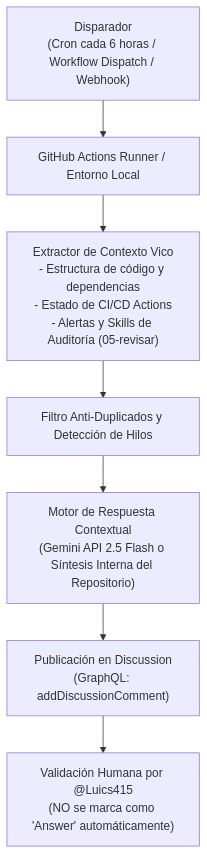
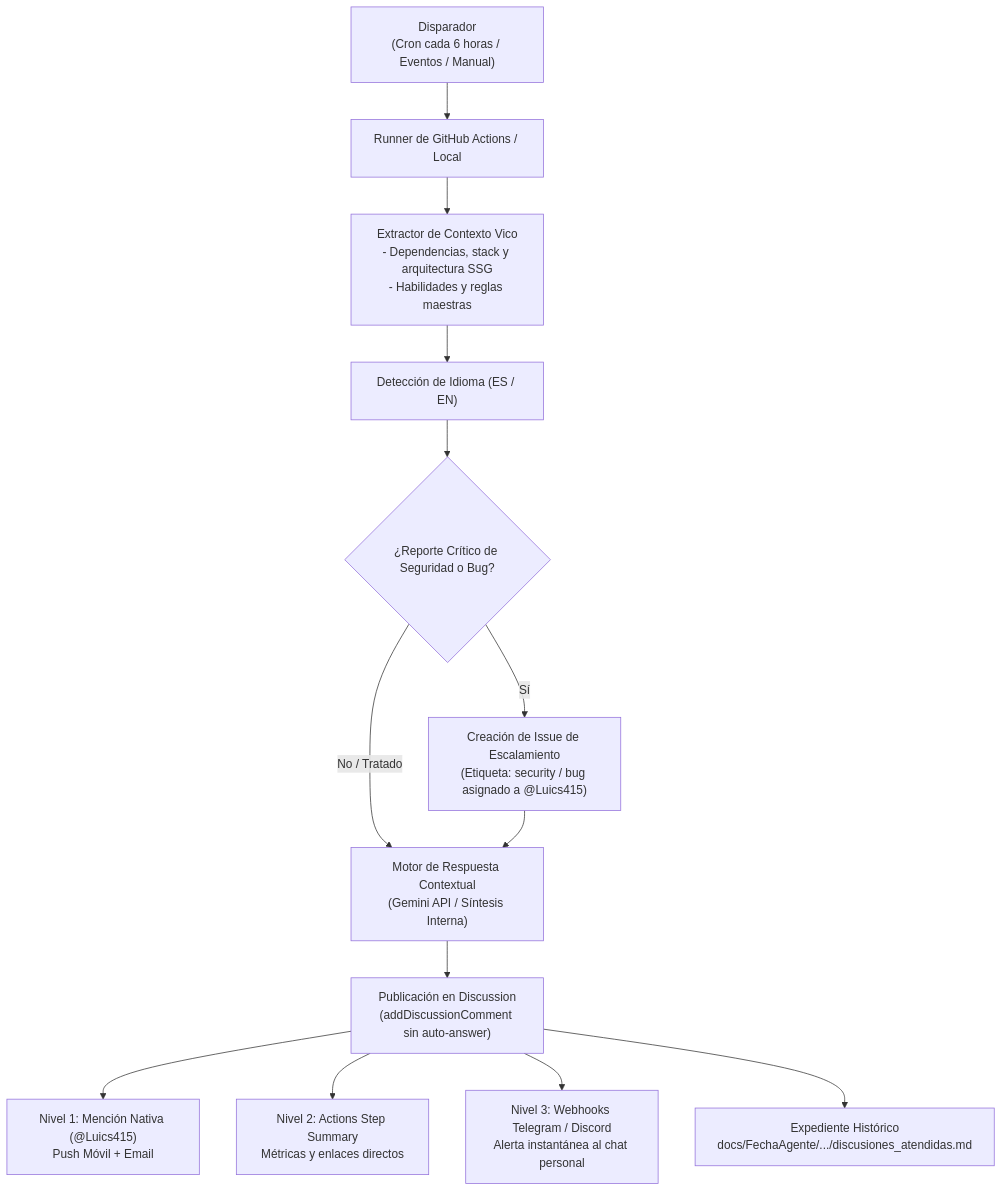
Before and after one commit to Luics415/Luics415.github.io: the diagram in docs/ARQUITECTURA_DISCUSSIONS_CENTINELA.md, drawn with Mermaid. The commit also changed other lines of this file and 6 other files, not shown here.

Commit message:
feat(centinela): agregar 3 niveles de notificacion, soporte bilingue, escalamiento y expediente

````diff
--- a/docs/ARQUITECTURA_DISCUSSIONS_CENTINELA.md
+++ b/docs/ARQUITECTURA_DISCUSSIONS_CENTINELA.md
@@ -11,9 +13,18 @@
 ```mermaid
 flowchart TD
-    Trigger["Disparador<br>(Cron cada 6 horas / Workflow Dispatch / Webhook)"] --> Runner["GitHub Actions Runner / Entorno Local"]
-    Runner --> Context["Extractor de Contexto Vico<br>- Estructura de código y dependencias<br>- Estado de CI/CD Actions<br>- Alertas y Skills de Auditoría (05-revisar)"]
-    Context --> Filter["Filtro Anti-Duplicados y Detección de Hilos"]
-    Filter --> Engine["Motor de Respuesta Contextual<br>(Gemini API 2.5 Flash o Síntesis Interna del Repositorio)"]
-    Engine --> Post["Publicación en Discussion<br>(GraphQL: addDiscussionComment)"]
-    Post --> HumanValidate["Validación Humana por @Luics415<br>(NO se marca como 'Answer' automáticamente)"]
+    Trigger["Disparador<br>(Cron cada 6 horas / Eventos / Manual)"] --> Runner["Runner de GitHub Actions / Local"]
+    Runner --> Context["Extractor de Contexto Vico<br>- Dependencias, stack y arquitectura SSG<br>- Habilidades y reglas maestras"]
+    Context --> Lang["Detección de Idioma (ES / EN)"]
+    Lang --> EscalateCheck{"¿Reporte Crítico de Seguridad o Bug?"}
+    
+    EscalateCheck -->|Sí| Issue["Creación de Issue de Escalamiento<br>(Etiqueta: security / bug asignado a @Luics415)"]
+    EscalateCheck -->|No / Tratado| Engine["Motor de Respuesta Contextual<br>(Gemini API / Síntesis Interna)"]
+    
+    Issue --> Engine
+    Engine --> Post["Publicación en Discussion<br>(addDiscussionComment sin auto-answer)"]
+    
+    Post --> N1["Nivel 1: Mención Nativa (@Luics415)<br>Push Móvil + Email"]
+    Post --> N2["Nivel 2: Actions Step Summary<br>Métricas y enlaces directos"]
+    Post --> N3["Nivel 3: Webhooks Telegram / Discord<br>Alerta instantánea al chat personal"]
+    Post --> Exp["Expediente Histórico<br>docs/FechaAgente/.../discusiones_atendidas.md"]
 ```
````
